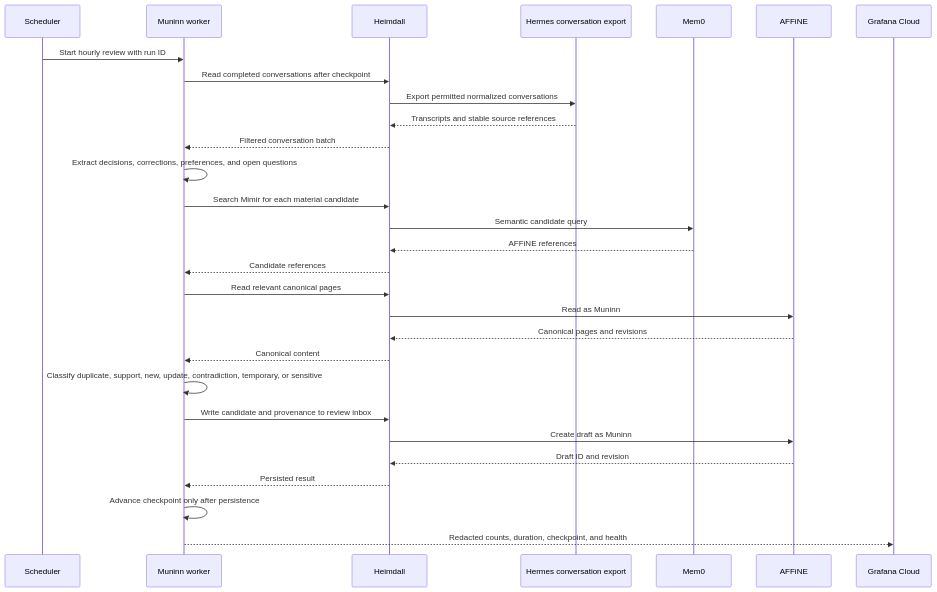
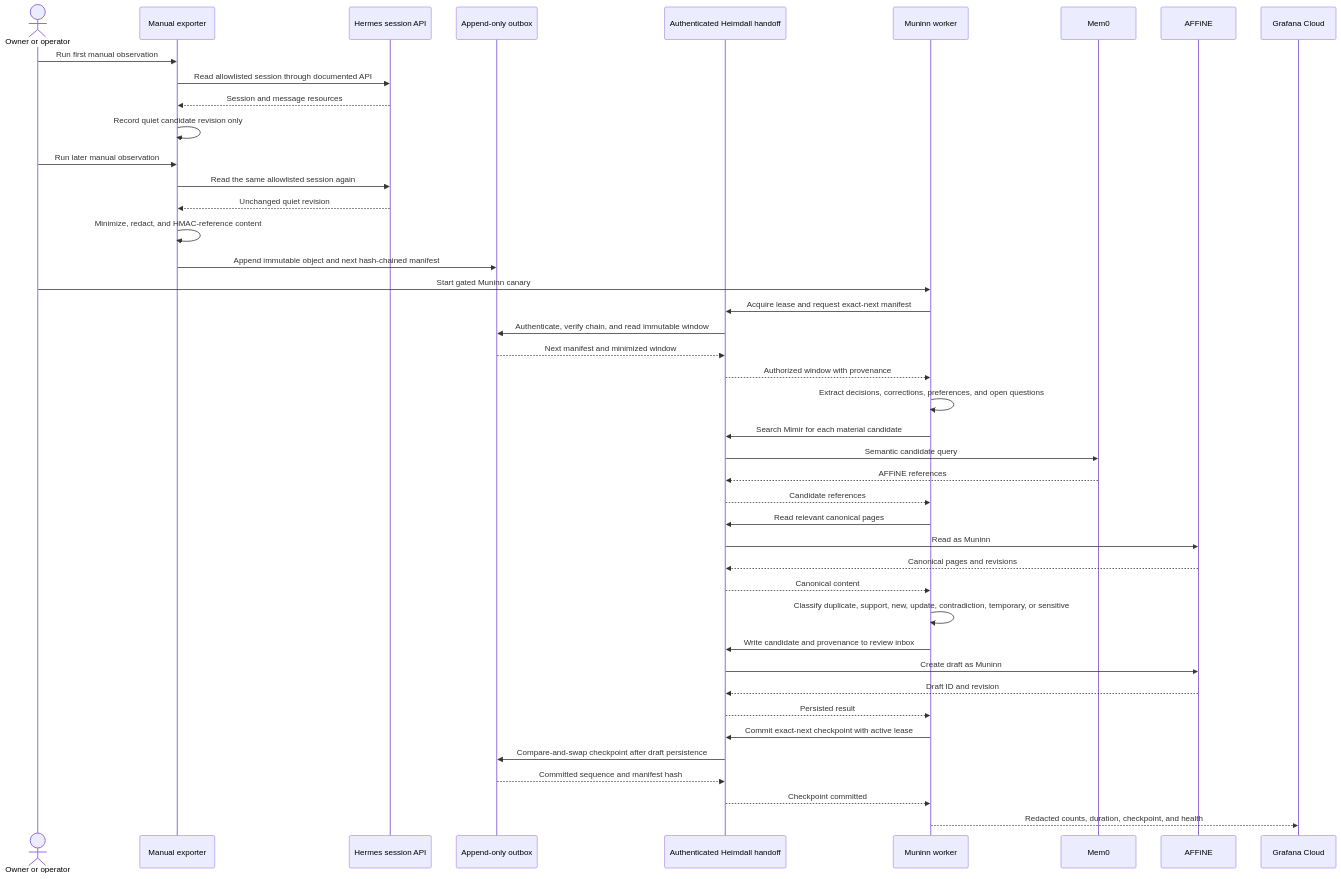
One commit to wan0net/asgard changed the fourth of 10 diagrams in docs/data-flows.md. Above: the diagram before and after it, drawn with Mermaid. The commit also changed other lines of this file and 3 other files, not shown here.

Commit message:
Document the gated Muninn transcript outbox (#2)

````diff
--- a/docs/data-flows.md
+++ b/docs/data-flows.md
@@ -242,32 +250,46 @@
 ```mermaid
 sequenceDiagram
-    participant S as Scheduler
+    actor R as Owner or operator
+    participant E as Manual exporter
+    participant S as Hermes session API
+    participant O as Append-only outbox
+    participant H as Authenticated Heimdall handoff
     participant N as Muninn worker
-    participant H as Heimdall
-    participant E as Hermes conversation export
     participant M as Mem0
     participant A as AFFiNE
     participant G as Grafana Cloud
 
-    S->>N: Start hourly review with run ID
-    N->>H: Read completed conversations after checkpoint
-    H->>E: Export permitted normalized conversations
-    E-->>H: Transcripts and stable source references
-    H-->>N: Filtered conversation batch
+    R->>E: Run first manual observation
+    E->>S: Read allowlisted session through documented API
+    S-->>E: Session and message resources
+    E->>E: Record quiet candidate revision only
+    R->>E: Run later manual observation
+    E->>S: Read the same allowlisted session again
+    S-->>E: Unchanged quiet revision
+    E->>E: Minimize, redact, and HMAC-reference content
+    E->>O: Append immutable object and next hash-chained manifest
+    R->>N: Start gated Muninn canary
+    N->>H: Acquire lease and request exact-next manifest
+    H->>O: Authenticate, verify chain, and read immutable window
+    O-->>H: Next manifest and minimized window
+    H-->>N: Authorized window with provenance
     N->>N: Extract decisions, corrections, preferences, and open questions
     N->>H: Search Mimir for each material candidate
     H->>M: Semantic candidate query
     M-->>H: AFFiNE references
     H-->>N: Candidate references
     N->>H: Read relevant canonical pages
     H->>A: Read as Muninn
     A-->>H: Canonical pages and revisions
     H-->>N: Canonical content
     N->>N: Classify duplicate, support, new, update, contradiction, temporary, or sensitive
     N->>H: Write candidate and provenance to review inbox
     H->>A: Create draft as Muninn
     A-->>H: Draft ID and revision
     H-->>N: Persisted result
-    N->>N: Advance checkpoint only after persistence
+    N->>H: Commit exact-next checkpoint with active lease
+    H->>O: Compare-and-swap checkpoint after draft persistence
+    O-->>H: Committed sequence and manifest hash
+    H-->>N: Checkpoint committed
     N-->>G: Redacted counts, duration, checkpoint, and health
 ```
````
